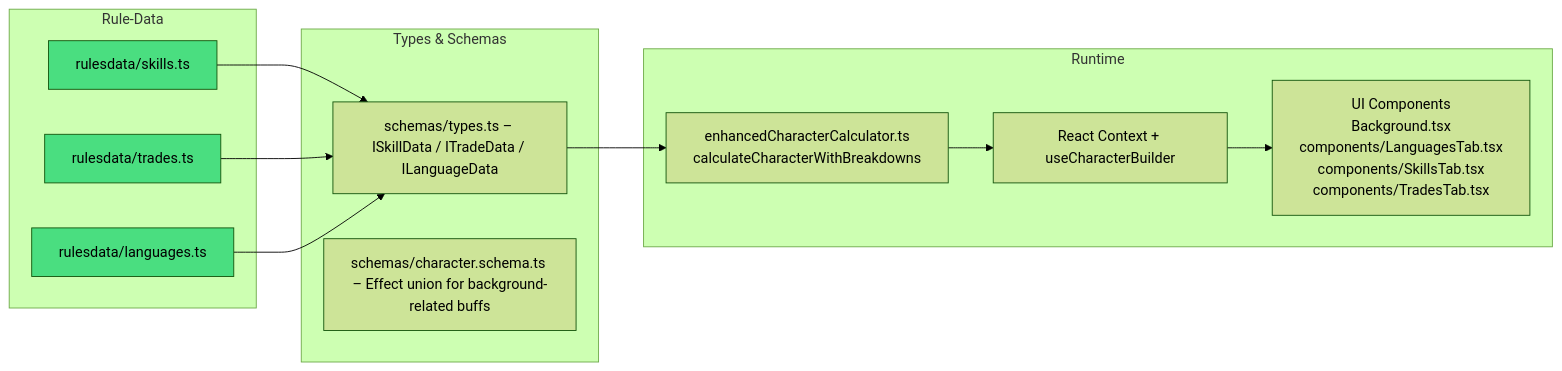
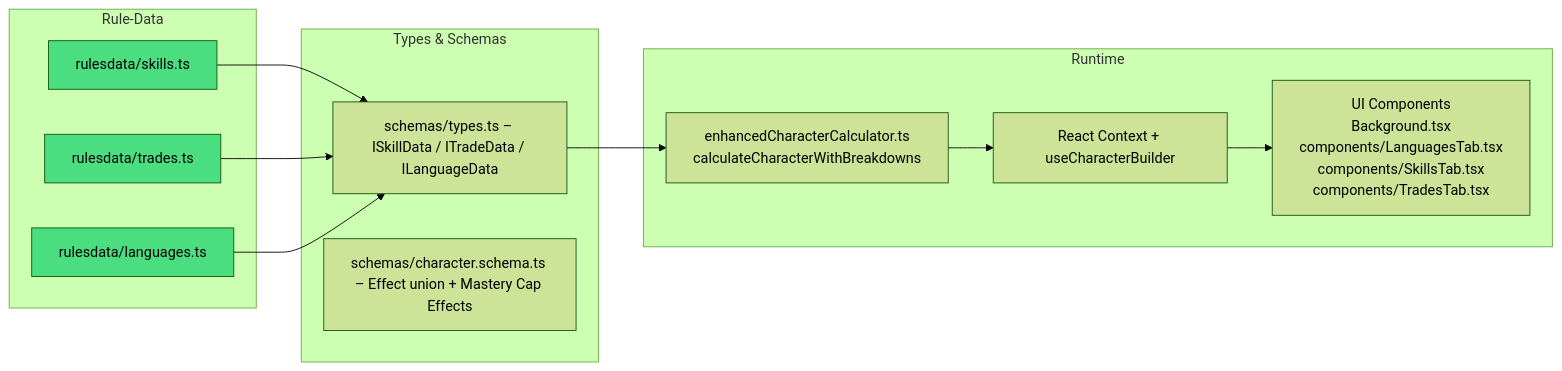
Before and after one commit to YasafVol/dc20clean: the diagram in docs/systems/BACKGROUND_SYSTEM.MD, drawn with Mermaid (forest theme). The commit also changed other lines of this file and 2 other files, not shown here.

First line of the commit message:
docs: Update system documentation to reflect Mastery Cap implementation

````diff
--- a/docs/systems/BACKGROUND_SYSTEM.MD
+++ b/docs/systems/BACKGROUND_SYSTEM.MD
@@ -12,26 +12,26 @@
 ```mermaid
 flowchart LR
     subgraph Rule-Data
         A1[rulesdata/skills.ts]
         A2[rulesdata/trades.ts]
         A3[rulesdata/languages.ts]
         style A1 fill:#4ade80,color:#000
         style A2 fill:#4ade80,color:#000
         style A3 fill:#4ade80,color:#000
     end
 
     subgraph Types & Schemas
         B1[schemas/types.ts – ISkillData / ITradeData / ILanguageData]
-        B2[schemas/character.schema.ts – Effect union for background-related buffs]
+        B2[schemas/character.schema.ts – Effect union + Mastery Cap Effects]
     end
 
     A1 & A2 & A3 --> B1
 
     subgraph Runtime
         D1[enhancedCharacterCalculator.ts<br/>calculateCharacterWithBreakdowns]
         D2[React Context + useCharacterBuilder]
         D3[UI Components<br/>Background.tsx<br/>components/LanguagesTab.tsx<br/>components/SkillsTab.tsx<br/>components/TradesTab.tsx]
     end
 
     B1 --> D1 --> D2 --> D3
 ```
````
